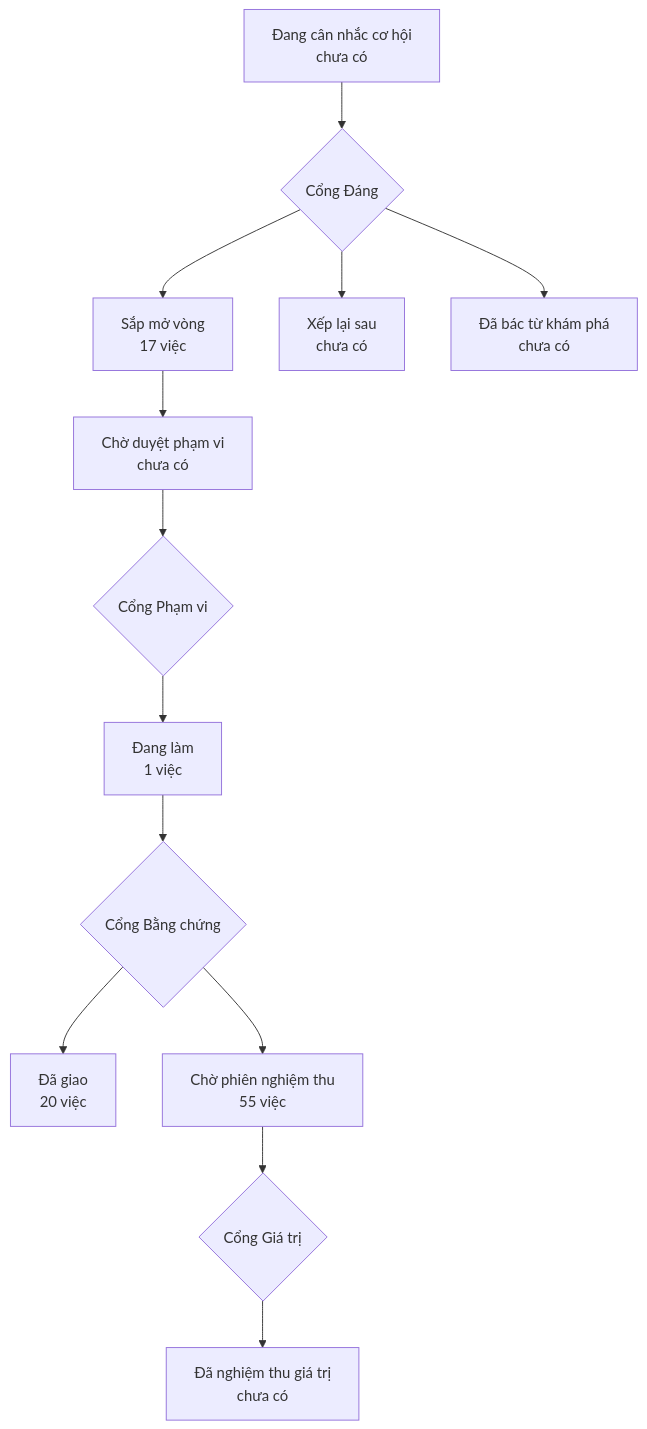
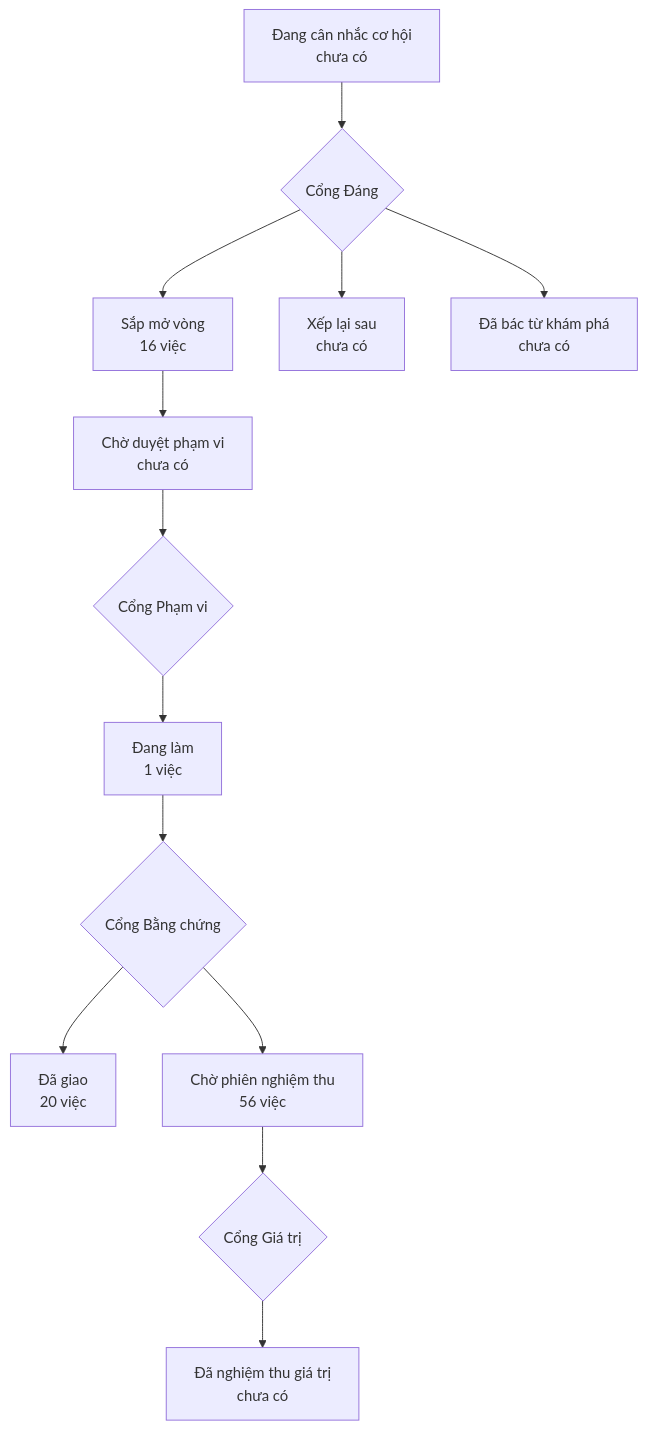
One commit to phanlemanh/onehub-quy-hang changed the diagram in PRODUCT-MAP.md. Above: the diagram before and after it, drawn with Mermaid. The commit also changed 1 other file, not shown here.

Commit message:
chore: vẽ lại bản đồ và lộ trình sau gộp nhánh chính

````diff
--- a/PRODUCT-MAP.md
+++ b/PRODUCT-MAP.md
@@ -7,12 +7,12 @@
 ```mermaid
 flowchart TD
   A["Đang cân nhắc cơ hội<br/>chưa có"] --> GD{"Cổng Đáng"}
-  GD --> B["Sắp mở vòng<br/>17 việc"]
+  GD --> B["Sắp mở vòng<br/>16 việc"]
   GD --> XL["Xếp lại sau<br/>chưa có"]
   GD --> DB["Đã bác từ khám phá<br/>chưa có"]
   B --> CD["Chờ duyệt phạm vi<br/>chưa có"] --> GP{"Cổng Phạm vi"}
   GP --> DL["Đang làm<br/>1 việc"] --> GB{"Cổng Bằng chứng"}
   GB --> DG["Đã giao<br/>20 việc"]
-  GB --> CN["Chờ phiên nghiệm thu<br/>55 việc"] --> GG{"Cổng Giá trị"}
+  GB --> CN["Chờ phiên nghiệm thu<br/>56 việc"] --> GG{"Cổng Giá trị"}
   GG --> NT["Đã nghiệm thu giá trị<br/>chưa có"]
 ```
````
